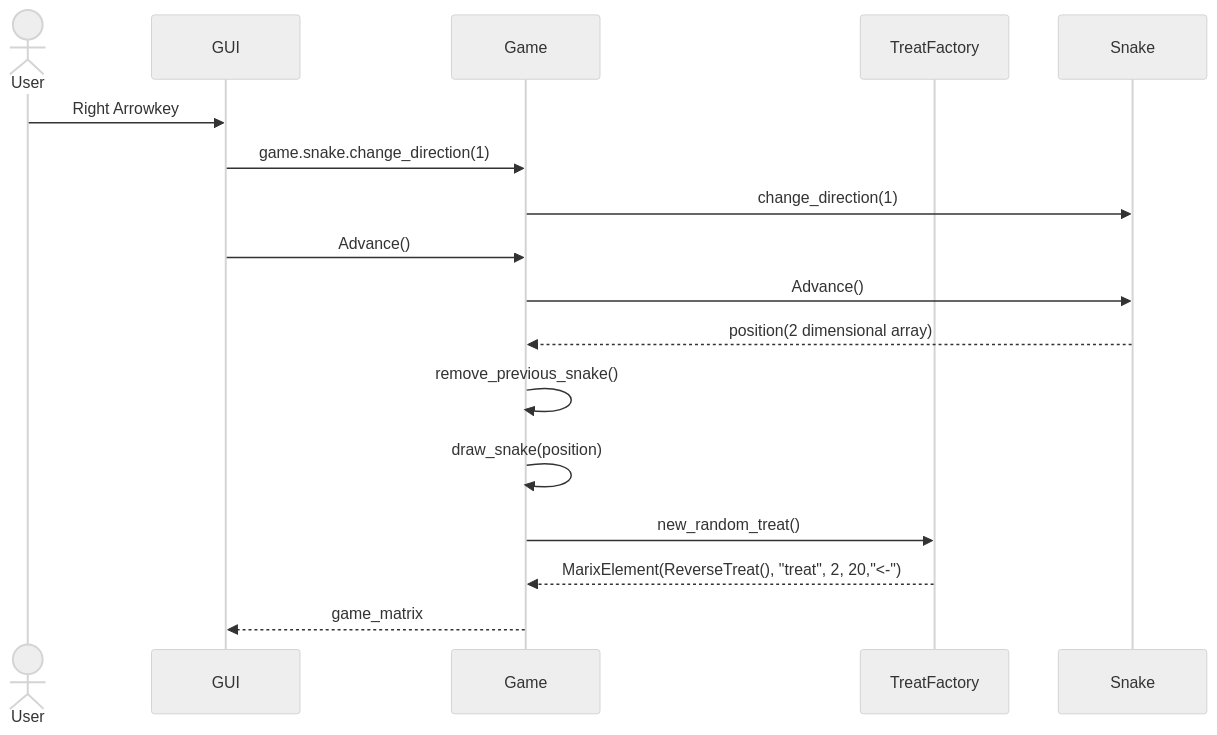
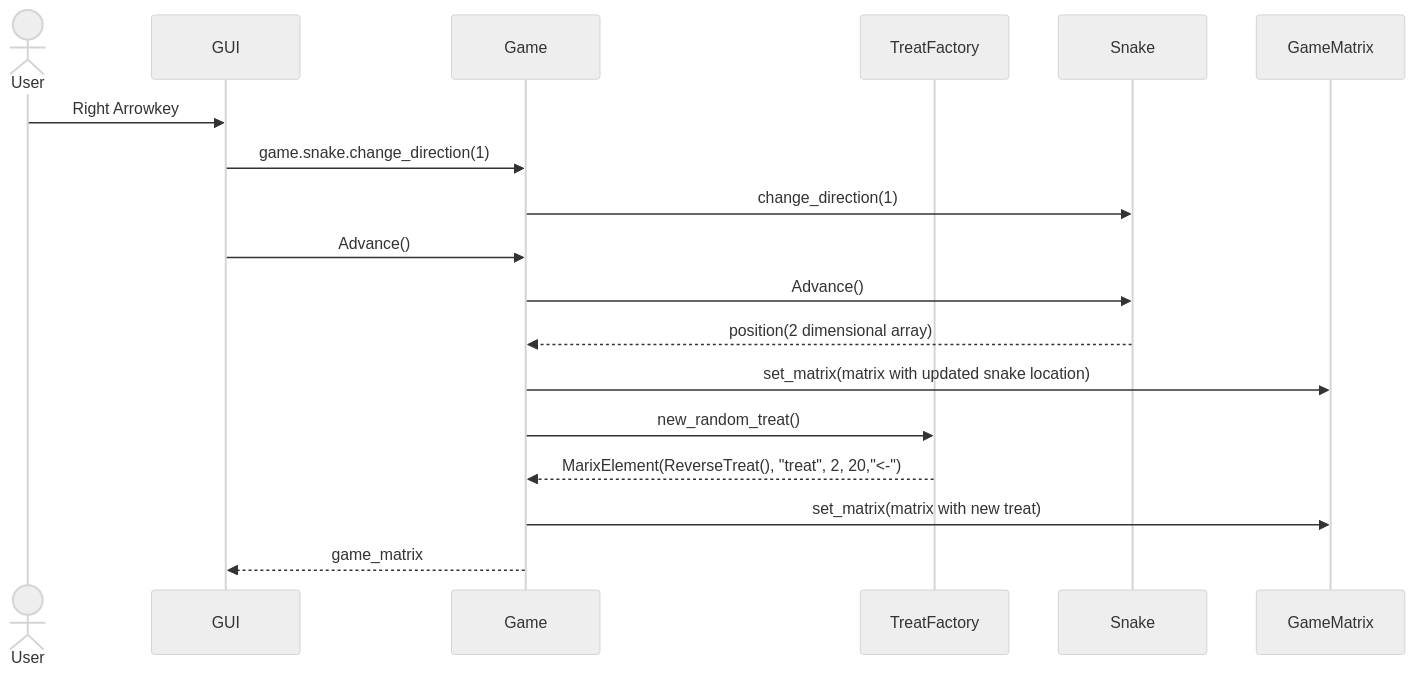
One commit to SuperTLP/ot-harjoitustyo changed the first of 2 diagrams in dokumentaatio/arkkitehtuuri.md. Above: the diagram before and after it, drawn with Mermaid (neutral theme). The commit also changed other lines of this file, not shown here.

````diff
--- a/dokumentaatio/arkkitehtuuri.md
+++ b/dokumentaatio/arkkitehtuuri.md
@@ -58,20 +58,21 @@
 ```mermaid
 sequenceDiagram
   actor User
   participant GUI
   participant Game
   participant TreatFactory
   participant Snake
+  participant GameMatrix
   
   User->>GUI:Right Arrowkey
   GUI->>Game:game.snake.change_direction(1)
   Game->>Snake:change_direction(1)
   GUI->>Game:Advance()
   Game->>Snake:Advance()
   Snake-->>Game:position(2 dimensional array)
-  Game->>Game:remove_previous_snake()
-  Game->>Game:draw_snake(position)
+  Game->>GameMatrix: set_matrix(matrix with updated snake location)
   Game->>TreatFactory:new_random_treat()
   TreatFactory-->>Game:MarixElement(ReverseTreat(), "treat", 2, 20,"<-")
+  Game->>GameMatrix: set_matrix(matrix with new treat)
   Game-->>GUI:game_matrix
   ```
````
